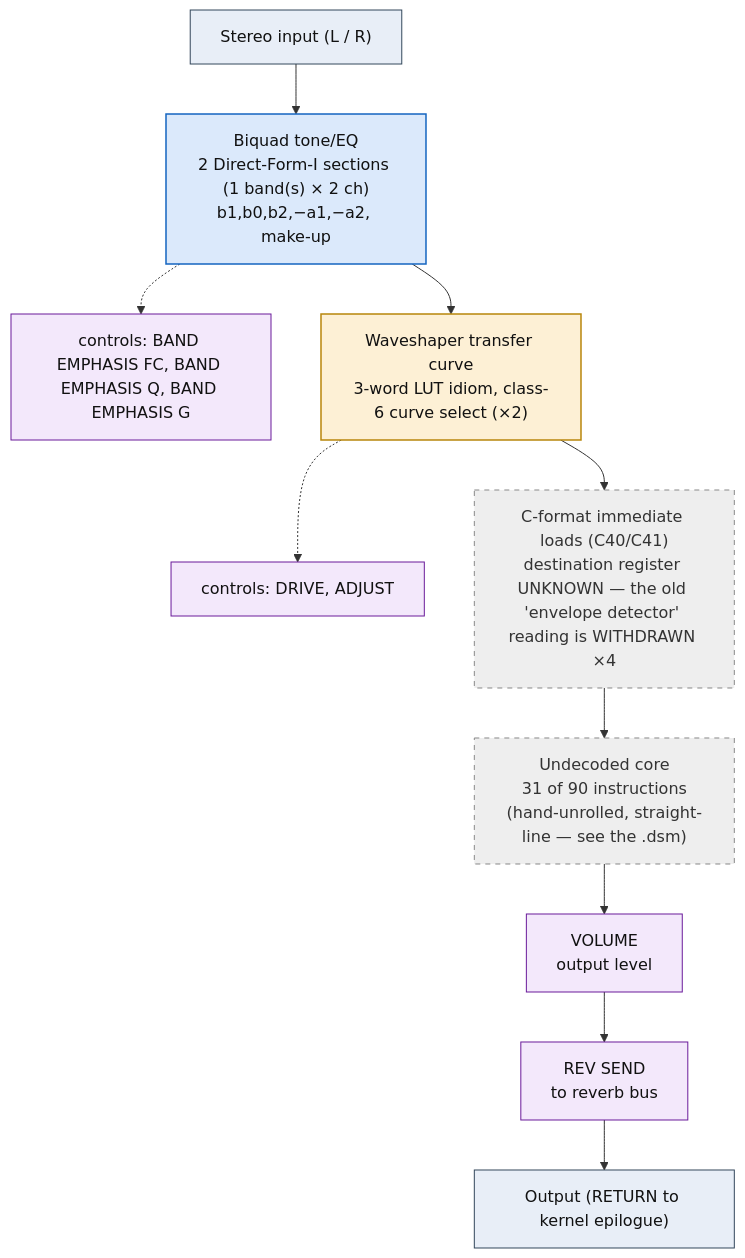
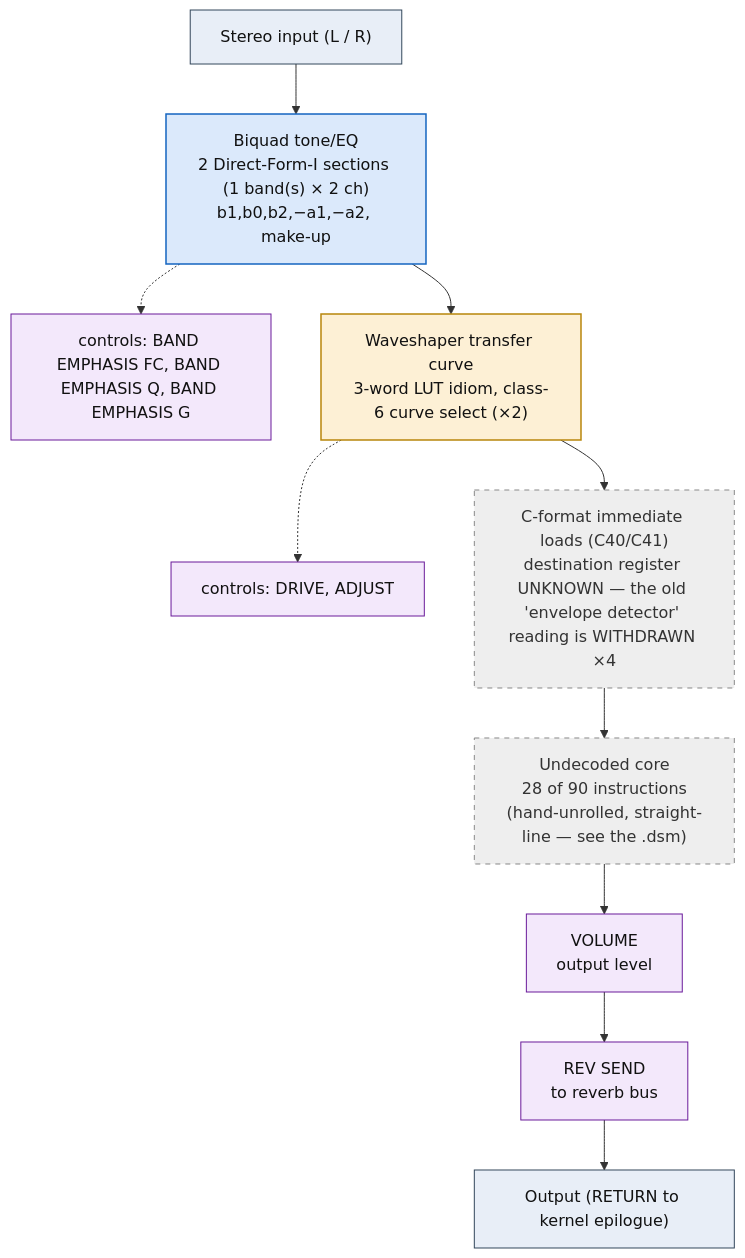
Before and after one commit to ArqueologiaDigital/kn5000-roms-disasm: the diagram in dsp/flowcharts/prog96_peq_compr_dist.md, drawn with Mermaid. The commit also changed other lines of this file and 78 other files, not shown here.

````diff
--- a/dsp/flowcharts/prog96_peq_compr_dist.md
+++ b/dsp/flowcharts/prog96_peq_compr_dist.md
@@ -12,34 +12,34 @@
 ```mermaid
 flowchart TD
     N0["Stereo input (L / R)"]
     N1["Biquad tone/EQ<br/>2 Direct-Form-I sections (1 band(s) &times; 2 ch)<br/>b1,b0,b2,&minus;a1,&minus;a2, make-up"]
     N0 --> N1
     N2["controls: BAND EMPHASIS FC, BAND EMPHASIS Q, BAND EMPHASIS G"]
     N1 -.-> N2
     N3["Waveshaper transfer curve<br/>3-word LUT idiom, class-6 curve select (&times;2)"]
     N1 --> N3
     N4["controls: DRIVE, ADJUST"]
     N3 -.-> N4
     N5["C-format immediate loads (C40/C41)<br/>destination register UNKNOWN &mdash; the old 'envelope detector' reading is WITHDRAWN &times;4"]
     N3 --> N5
-    N6["Undecoded core<br/>31 of 90 instructions<br/>(hand-unrolled, straight-line &mdash; see the .dsm)"]
+    N6["Undecoded core<br/>28 of 90 instructions<br/>(hand-unrolled, straight-line &mdash; see the .dsm)"]
     N5 --> N6
     N7["VOLUME<br/>output level"]
     N6 --> N7
     N8["REV SEND<br/>to reverb bus"]
     N7 --> N8
     N9["Output (RETURN to kernel epilogue)"]
     N8 --> N9
 
     classDef io fill:#e8eef7,stroke:#33475b,stroke-width:1px,color:#111;
     classDef proven fill:#d7f0d7,stroke:#2e7d32,stroke-width:2px,color:#111;
     classDef measured fill:#dbe9fb,stroke:#1565c0,stroke-width:1.5px,color:#111;
     classDef inferred fill:#fdf0d5,stroke:#b8860b,stroke-width:1.5px,color:#111;
     classDef open fill:#eeeeee,stroke:#888,stroke-width:1px,color:#333,stroke-dasharray:5 5;
     classDef ctrl fill:#f3e8fb,stroke:#6a1b9a,stroke-width:1px,color:#111;
     class N0,N9 io;
     class N1 measured;
     class N2,N4,N7,N8 ctrl;
     class N3 inferred;
     class N5,N6 open;
 ```
````
